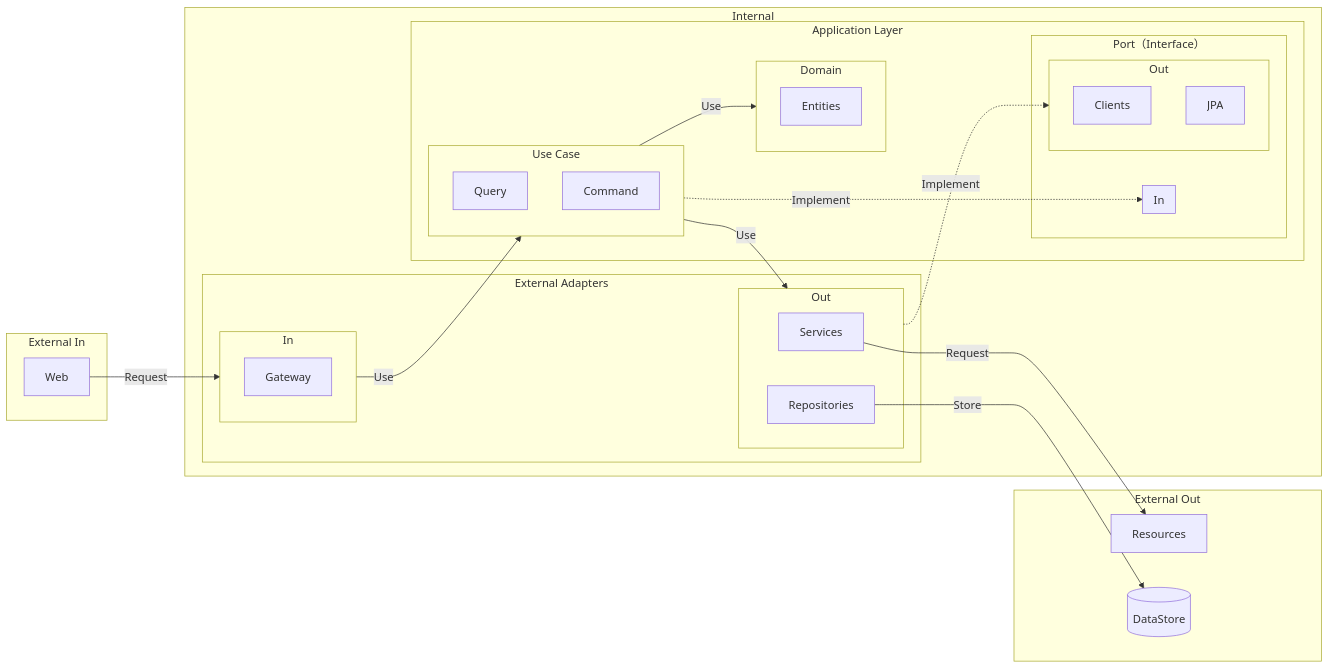
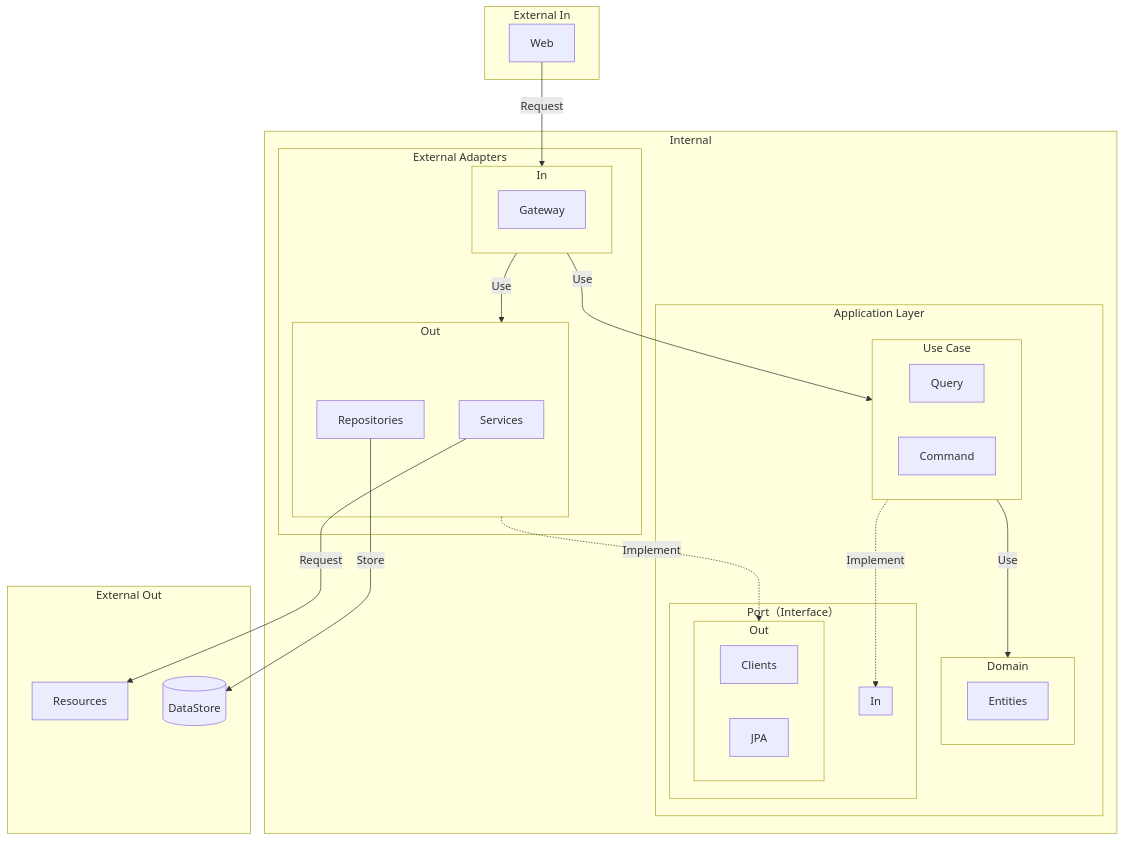
Before and after one commit to axuanhogan/system-architecture-notes: the diagram in README.md, drawn with Mermaid. The commit also changed other lines of this file, not shown here.

````diff
--- a/README.md
+++ b/README.md
@@ -7,51 +7,51 @@
 ```mermaid
-graph LR
+graph TB
 	subgraph Internal
 		subgraph application-layer[Application Layer]
 			subgraph domain[Domain]
 				Entities
 			end
 			subgraph use-case[Use Case]
 				query[Query]
 				command[Command]
 			end
 			subgraph port[Port（Interface）]
 				subgraph application-layer-port-in[In]
 				end
 				subgraph application-layer-port-out[Out]
 					Clients
 					JPA
 				end
 			end
 		end
 		
 		subgraph external-adapters[External Adapters]
 			subgraph external-adapters-in[In]
 				external-adapters-in-Gateway[Gateway]
 			end
 			subgraph external-adapters-out[Out]
 				Services
 				Repositories
 			end
 		end
 	end
 		
 	subgraph External Out
 		resources[Resources]
 		data-store[(DataStore)]
 	end
 		
 	subgraph External In
 		web[Web]
 	end
 	
 	use-case -- Use --> domain
 	use-case -. Implement .-> application-layer-port-in
-	use-case -- Use --> external-adapters-out
+	external-adapters-in -- Use --> external-adapters-out
 	external-adapters-in -- Use --> use-case
 	external-adapters-out -. Implement .-> application-layer-port-out
 	
 	web -- Request --> external-adapters-in
 	Repositories -- Store --> data-store
 	Services-- Request --> resources
 ```
````
